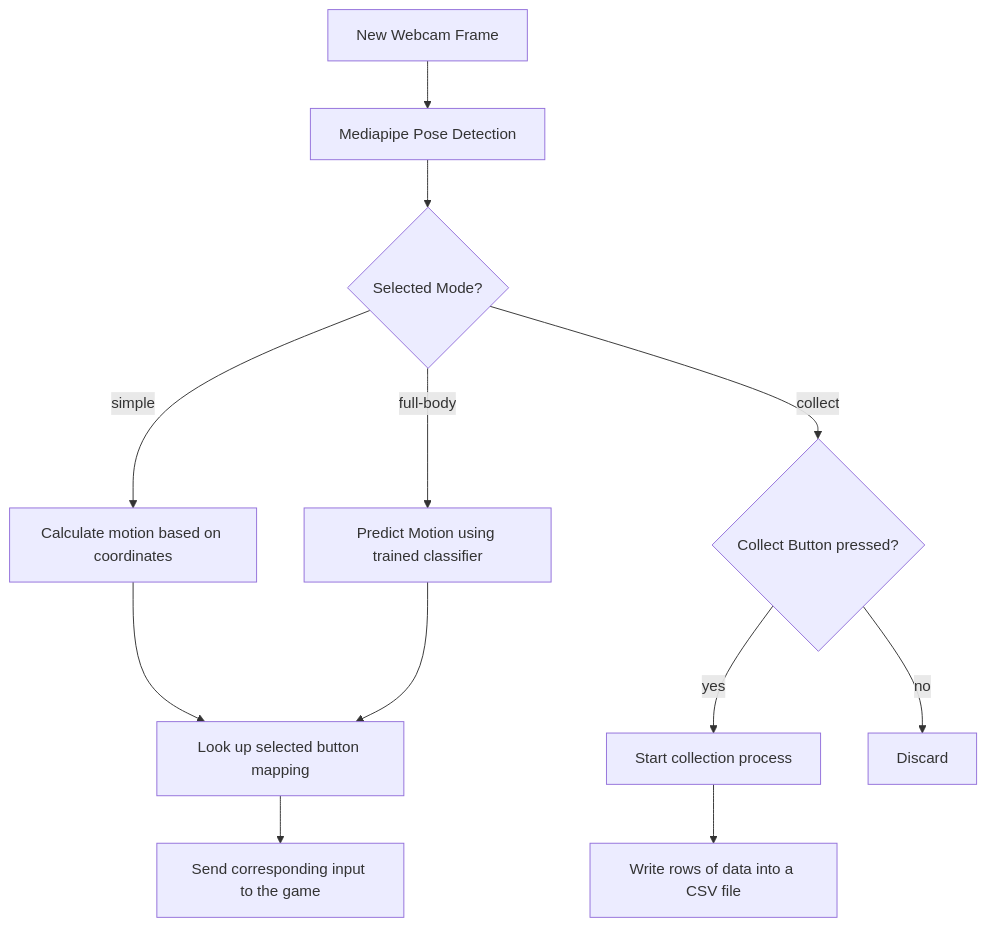
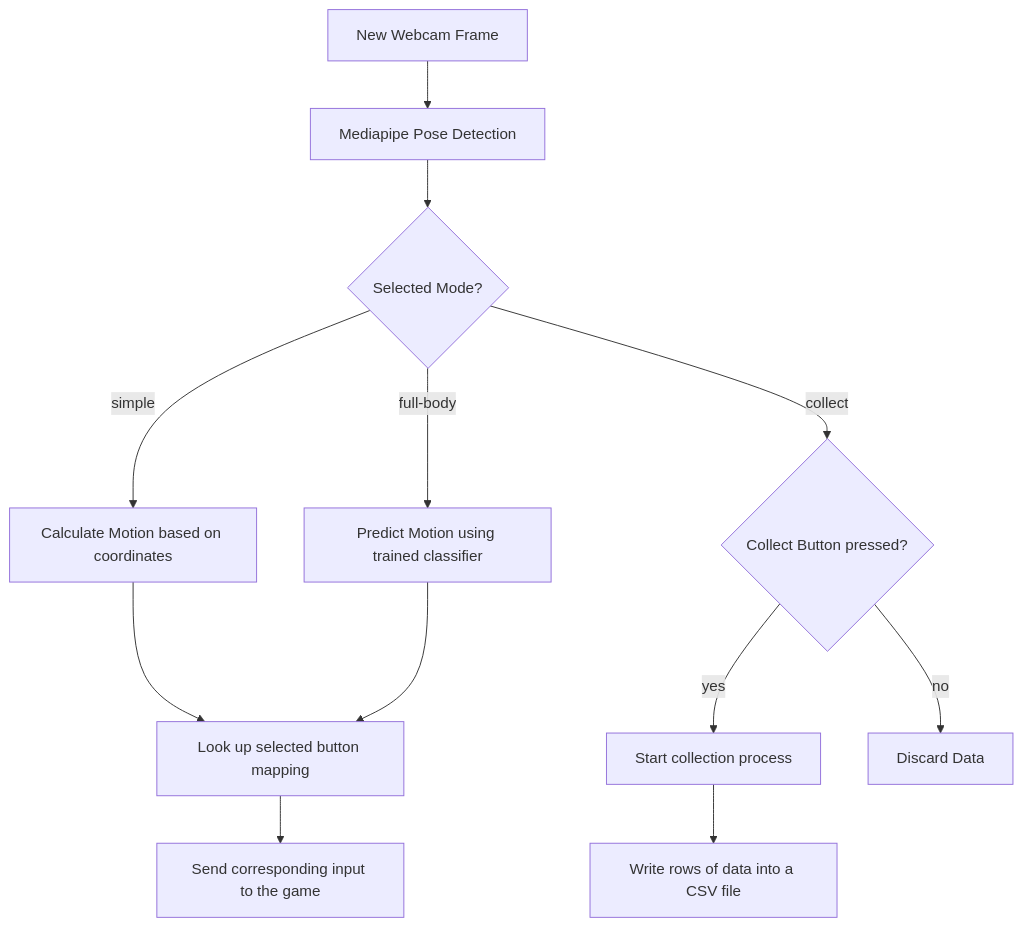
The diagram in docs/smm_flowchart.md (Sascha37/super-mario-motion), drawn with Mermaid before and after one commit. The commit also changed 2 other files, not shown here.

````diff
--- a/docs/smm_flowchart.md
+++ b/docs/smm_flowchart.md
@@ -1,16 +1,16 @@
 ```mermaid
 flowchart TD
     Frame[New Webcam Frame]
     Frame --> Mediapipe[Mediapipe Pose Detection]
 
     Mediapipe --> Mode{Selected Mode?}
-    Mode -- simple --> Simple[Calculate motion based on coordinates] --> Input
+    Mode -- simple --> Simple[Calculate Motion based on coordinates] --> Input
     Mode -- "full-body" --> Fullbody[Predict Motion using trained classifier] --> Input
     Mode -- "collect" --> CButton{Collect Button pressed?}
     CButton -- "yes" --> CProcess[Start collection process]
     CProcess --> Save[Write rows of data into a CSV file]
 
-    CButton -- "no" --> Discard
+    CButton -- "no" --> Discard[Discard Data]
 
     Input[Look up selected button mapping] --> Input2[Send corresponding input to the game]
 ``` 
````
